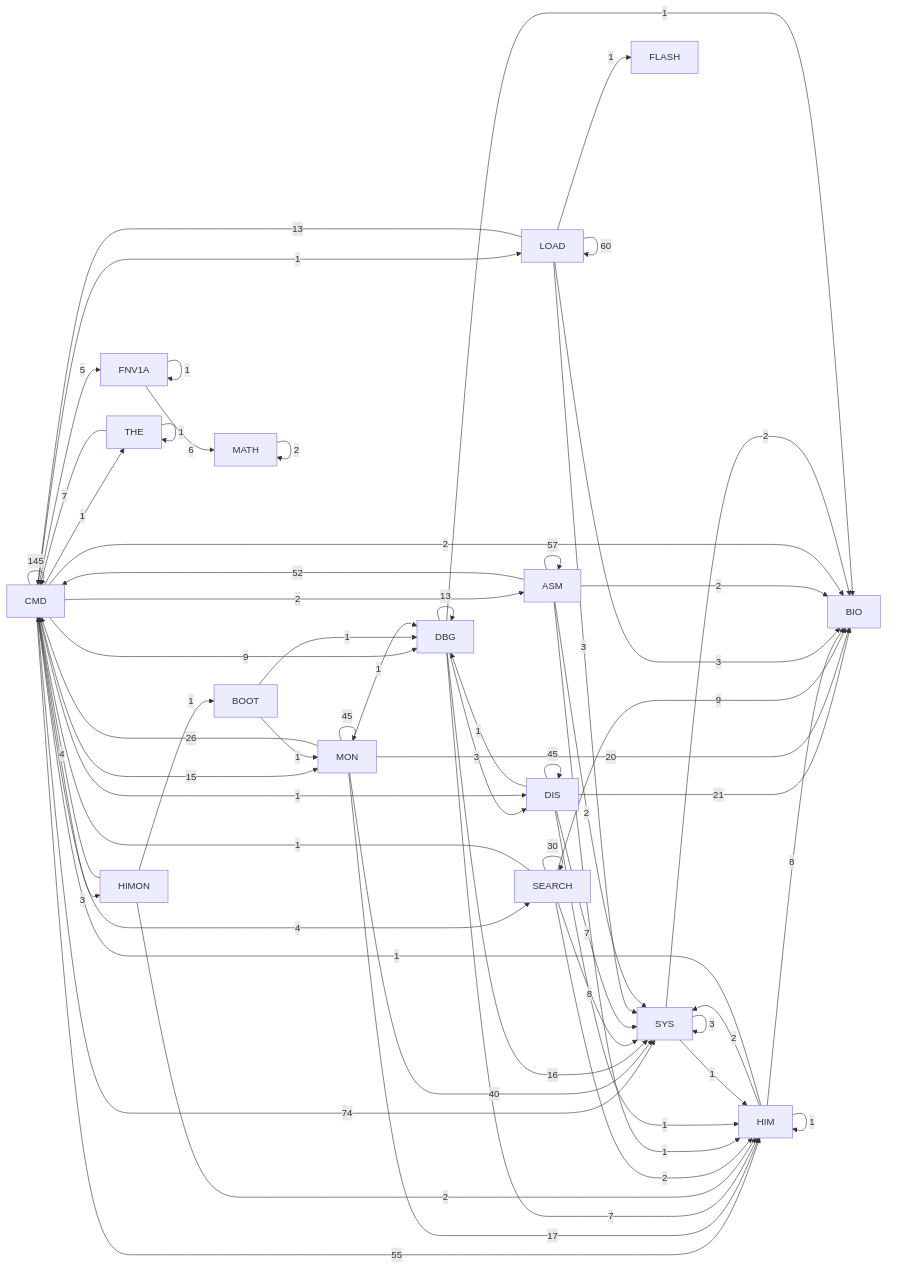
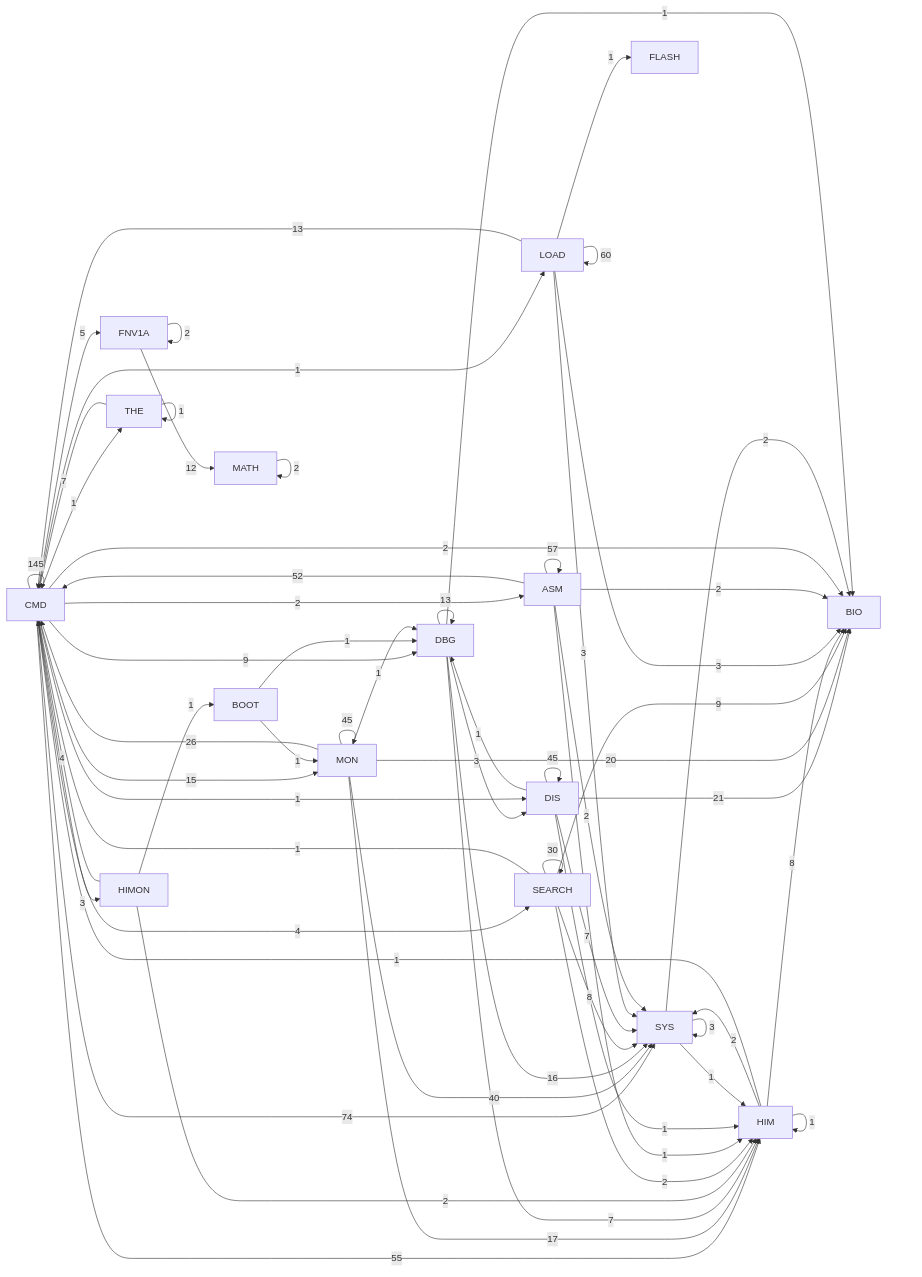
Before and after one commit to 95westus/R-YORS: the diagram in DOC/GENERATED/HIMON_SUPPORT_MAP.md, drawn with Mermaid. The commit also changed other lines of this file and 23 other files, not shown here.

````diff
--- a/DOC/GENERATED/HIMON_SUPPORT_MAP.md
+++ b/DOC/GENERATED/HIMON_SUPPORT_MAP.md
@@ -10,64 +10,64 @@
 ```mermaid
 flowchart LR
     P_CMD[CMD] -->|145| P_CMD[CMD]
     P_CMD[CMD] -->|74| P_SYS[SYS]
     P_LOAD[LOAD] -->|60| P_LOAD[LOAD]
     P_ASM[ASM] -->|57| P_ASM[ASM]
     P_CMD[CMD] -->|55| P_HIM[HIM]
     P_ASM[ASM] -->|52| P_CMD[CMD]
     P_DIS[DIS] -->|45| P_DIS[DIS]
     P_MON[MON] -->|45| P_MON[MON]
     P_MON[MON] -->|40| P_SYS[SYS]
     P_SEARCH[SEARCH] -->|30| P_SEARCH[SEARCH]
     P_MON[MON] -->|26| P_CMD[CMD]
     P_DIS[DIS] -->|21| P_BIO[BIO]
     P_MON[MON] -->|20| P_BIO[BIO]
     P_MON[MON] -->|17| P_HIM[HIM]
     P_DBG[DBG] -->|16| P_SYS[SYS]
     P_CMD[CMD] -->|15| P_MON[MON]
     P_DBG[DBG] -->|13| P_DBG[DBG]
     P_LOAD[LOAD] -->|13| P_CMD[CMD]
+    P_FNV1A[FNV1A] -->|12| P_MATH[MATH]
     P_CMD[CMD] -->|9| P_DBG[DBG]
     P_SEARCH[SEARCH] -->|9| P_BIO[BIO]
     P_HIM[HIM] -->|8| P_BIO[BIO]
     P_SEARCH[SEARCH] -->|8| P_SYS[SYS]
     P_DBG[DBG] -->|7| P_HIM[HIM]
     P_DIS[DIS] -->|7| P_SYS[SYS]
     P_THE[THE] -->|7| P_CMD[CMD]
-    P_FNV1A[FNV1A] -->|6| P_MATH[MATH]
     P_CMD[CMD] -->|5| P_FNV1A[FNV1A]
     P_CMD[CMD] -->|4| P_SEARCH[SEARCH]
     P_HIMON[HIMON] -->|4| P_CMD[CMD]
     P_CMD[CMD] -->|3| P_HIMON[HIMON]
     P_DBG[DBG] -->|3| P_DIS[DIS]
     P_LOAD[LOAD] -->|3| P_BIO[BIO]
     P_LOAD[LOAD] -->|3| P_SYS[SYS]
     P_SYS[SYS] -->|3| P_SYS[SYS]
     P_ASM[ASM] -->|2| P_BIO[BIO]
     P_ASM[ASM] -->|2| P_SYS[SYS]
     P_CMD[CMD] -->|2| P_ASM[ASM]
     P_CMD[CMD] -->|2| P_BIO[BIO]
+    P_FNV1A[FNV1A] -->|2| P_FNV1A[FNV1A]
     P_HIM[HIM] -->|2| P_SYS[SYS]
     P_HIMON[HIMON] -->|2| P_HIM[HIM]
     P_MATH[MATH] -->|2| P_MATH[MATH]
     P_SEARCH[SEARCH] -->|2| P_HIM[HIM]
     P_SYS[SYS] -->|2| P_BIO[BIO]
     P_ASM[ASM] -->|1| P_HIM[HIM]
     P_BOOT[BOOT] -->|1| P_DBG[DBG]
     P_BOOT[BOOT] -->|1| P_MON[MON]
     P_CMD[CMD] -->|1| P_DIS[DIS]
     P_CMD[CMD] -->|1| P_LOAD[LOAD]
     P_CMD[CMD] -->|1| P_THE[THE]
     P_DBG[DBG] -->|1| P_BIO[BIO]
     P_DIS[DIS] -->|1| P_DBG[DBG]
     P_DIS[DIS] -->|1| P_HIM[HIM]
-    P_FNV1A[FNV1A] -->|1| P_FNV1A[FNV1A]
     P_HIM[HIM] -->|1| P_CMD[CMD]
     P_HIM[HIM] -->|1| P_HIM[HIM]
     P_HIMON[HIMON] -->|1| P_BOOT[BOOT]
     P_LOAD[LOAD] -->|1| P_FLASH[FLASH]
     P_MON[MON] -->|1| P_DBG[DBG]
     P_SEARCH[SEARCH] -->|1| P_CMD[CMD]
     P_SYS[SYS] -->|1| P_HIM[HIM]
     P_THE[THE] -->|1| P_THE[THE]
 ```
````
